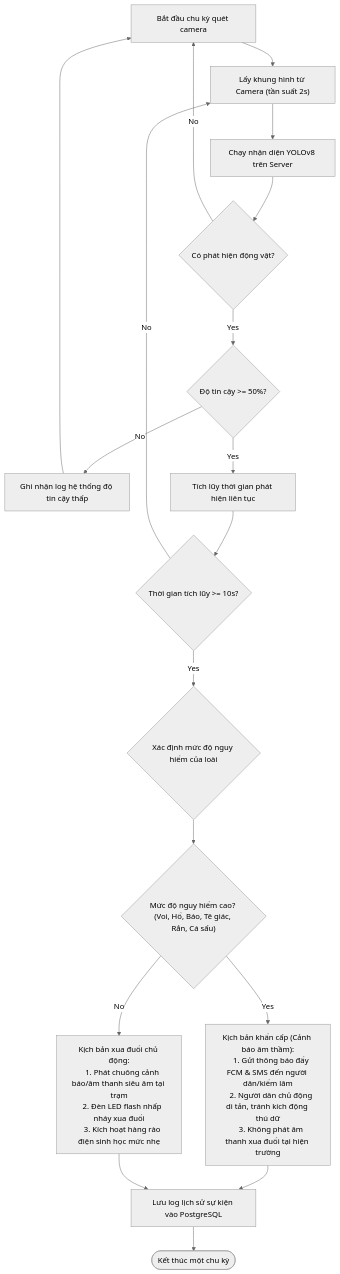
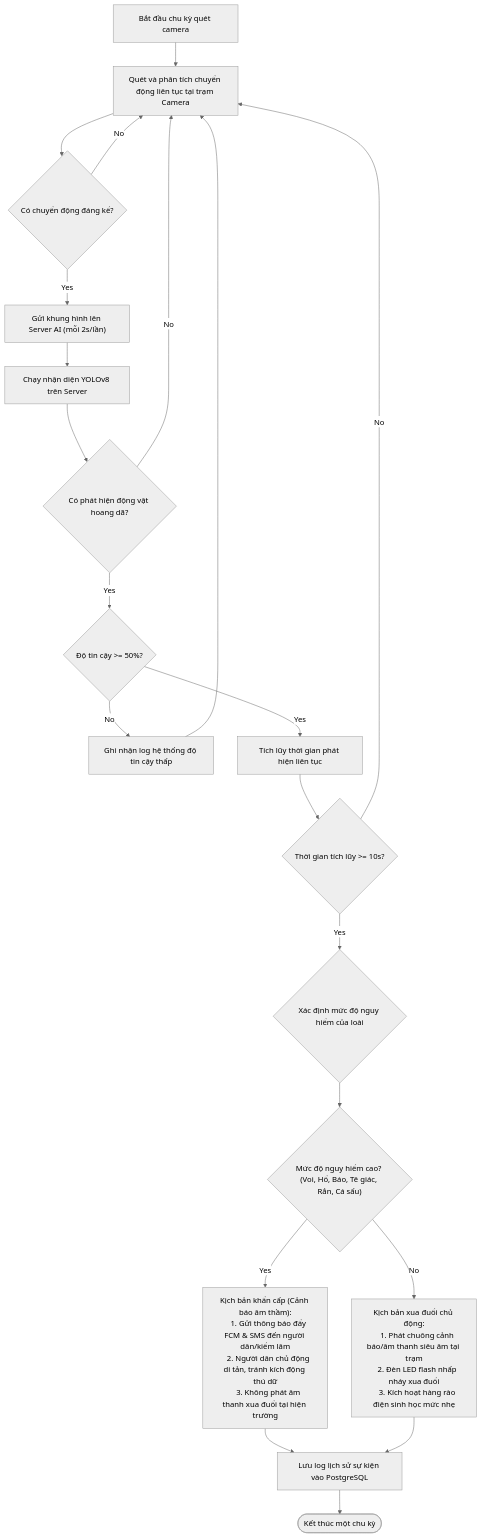
One commit to trungnguyenthien/Wildlife-Warning-and-Deterrence-System changed the second of 3 diagrams in outputs/de-tai-nghien-cuu-canh-bao-dong-vat.md. Above: the diagram before and after it, drawn with Mermaid (neutral theme). The commit also changed other lines of this file, not shown here.

Commit message:
docs: update project research documentation for wildlife warning system

````diff
--- a/outputs/de-tai-nghien-cuu-canh-bao-dong-vat.md
+++ b/outputs/de-tai-nghien-cuu-canh-bao-dong-vat.md
@@ -125,33 +125,38 @@
 ```mermaid
 flowchart TD
-    Start["Bắt đầu chu kỳ quét camera"] --> Capture["Lấy khung hình từ Camera (tần suất 2s)"]
-    Capture --> RunAI["Chạy nhận diện YOLOv8 trên Server"]
-    RunAI --> CheckDetect{"Có phát hiện động vật?"}
+    Start["Bắt đầu chu kỳ quét camera"] --> Scan["Quét và phân tích chuyển động liên tục tại trạm Camera"]
+    Scan --> CheckMotion{"Có chuyển động đáng kể?"}
     
-    CheckDetect -- No --> Start
+    CheckMotion -- No --> Scan
+    CheckMotion -- Yes --> SendImage["Gửi khung hình lên Server AI (mỗi 2s/lần)"]
+    
+    SendImage --> RunAI["Chạy nhận diện YOLOv8 trên Server"]
+    RunAI --> CheckDetect{"Có phát hiện động vật hoang dã?"}
+    
+    CheckDetect -- No --> Scan
     CheckDetect -- Yes --> CheckConfidence{"Độ tin cậy >= 50%?"}
     
-    CheckConfidence -- No --> LogLow["Ghi nhận log hệ thống độ tin cậy thấp"] --> Start
+    CheckConfidence -- No --> LogLow["Ghi nhận log hệ thống độ tin cậy thấp"] --> Scan
     CheckConfidence -- Yes --> StartTimer["Tích lũy thời gian phát hiện liên tục"]
     
     StartTimer --> Check10s{"Thời gian tích lũy >= 10s?"}
     
-    Check10s -- No --> Capture
+    Check10s -- No --> Scan
     Check10s -- Yes --> GetDanger{"Xác định mức độ nguy hiểm của loài"}
     
     GetDanger --> CheckHigh{"Mức độ nguy hiểm cao? (Voi, Hổ, Báo, Tê giác, Rắn, Cá sấu)"}
     
     CheckHigh -- Yes --> HighRisk["Kịch bản khẩn cấp (Cảnh báo âm thầm):
     1. Gửi thông báo đẩy FCM & SMS đến người dân/kiểm lâm
     2. Người dân chủ động di tản, tránh kích động thú dữ
     3. Không phát âm thanh xua đuổi tại hiện trường"]
     
     CheckHigh -- No --> LowRisk["Kịch bản xua đuổi chủ động:
     1. Phát chuông cảnh báo/âm thanh siêu âm tại trạm
     2. Đèn LED flash nhấp nháy xua đuổi
     3. Kích hoạt hàng rào điện sinh học mức nhẹ"]
     
     HighRisk --> Log["Lưu log lịch sử sự kiện vào PostgreSQL"]
     LowRisk --> Log
     Log --> End(["Kết thúc một chu kỳ"])
 ```
````
